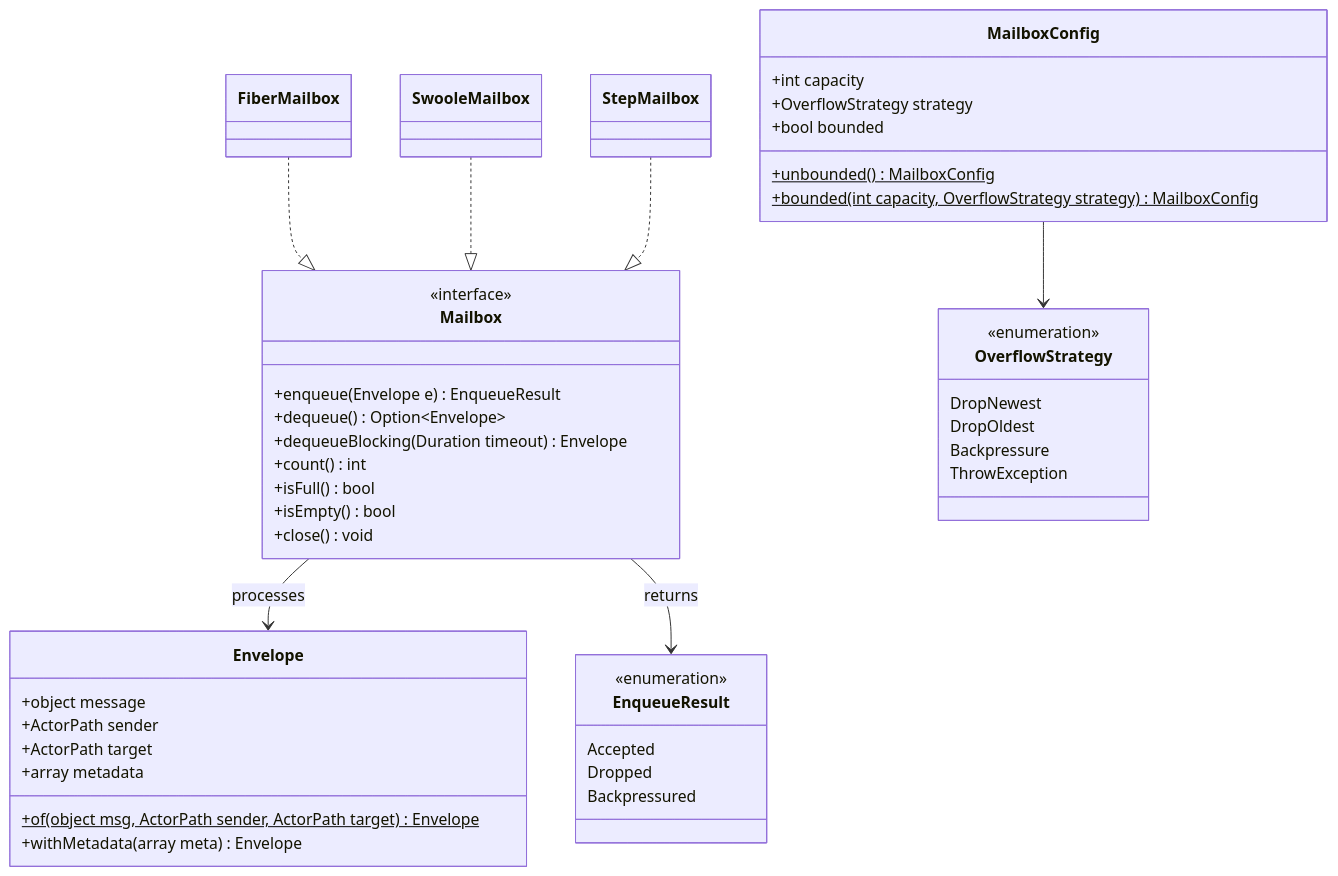
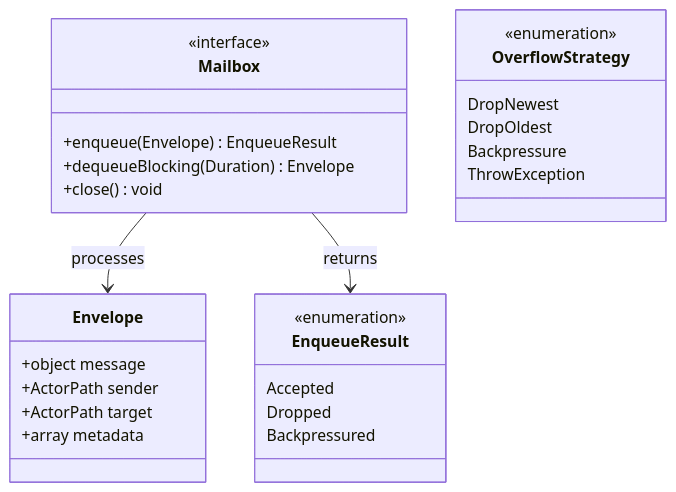
One commit to nexus-actors/nexus changed the diagram in website/docs/core-concepts/mailboxes.md. Above: the diagram before and after it, drawn with Mermaid. The commit also changed other lines of this file and 19 other files, not shown here.

First line of the commit message:
refactor: simplify diagrams, remove benchmark viz, use Swoole 6.2.0-rc1

````diff
--- a/website/docs/core-concepts/mailboxes.md
+++ b/website/docs/core-concepts/mailboxes.md
@@ -13,52 +16,34 @@
 ```mermaid
 classDiagram
     class Mailbox {
         <<interface>>
-        +enqueue(Envelope e) EnqueueResult
-        +dequeue() Option~Envelope~
-        +dequeueBlocking(Duration timeout) Envelope
-        +count() int
-        +isFull() bool
-        +isEmpty() bool
+        +enqueue(Envelope) EnqueueResult
+        +dequeueBlocking(Duration) Envelope
         +close() void
     }
 
     class Envelope {
         +object message
         +ActorPath sender
         +ActorPath target
         +array metadata
-        +of(object msg, ActorPath sender, ActorPath target)$ Envelope
-        +withMetadata(array meta) Envelope
-    }
-
-    class MailboxConfig {
-        +int capacity
-        +OverflowStrategy strategy
-        +bool bounded
-        +unbounded()$ MailboxConfig
-        +bounded(int capacity, OverflowStrategy strategy)$ MailboxConfig
     }
 
     class OverflowStrategy {
         <<enumeration>>
         DropNewest
         DropOldest
         Backpressure
         ThrowException
     }
 
     class EnqueueResult {
         <<enumeration>>
         Accepted
         Dropped
         Backpressured
     }
 
     Mailbox --> Envelope : processes
     Mailbox --> EnqueueResult : returns
-    MailboxConfig --> OverflowStrategy
-    FiberMailbox ..|> Mailbox
-    SwooleMailbox ..|> Mailbox
-    StepMailbox ..|> Mailbox
 ```
````
